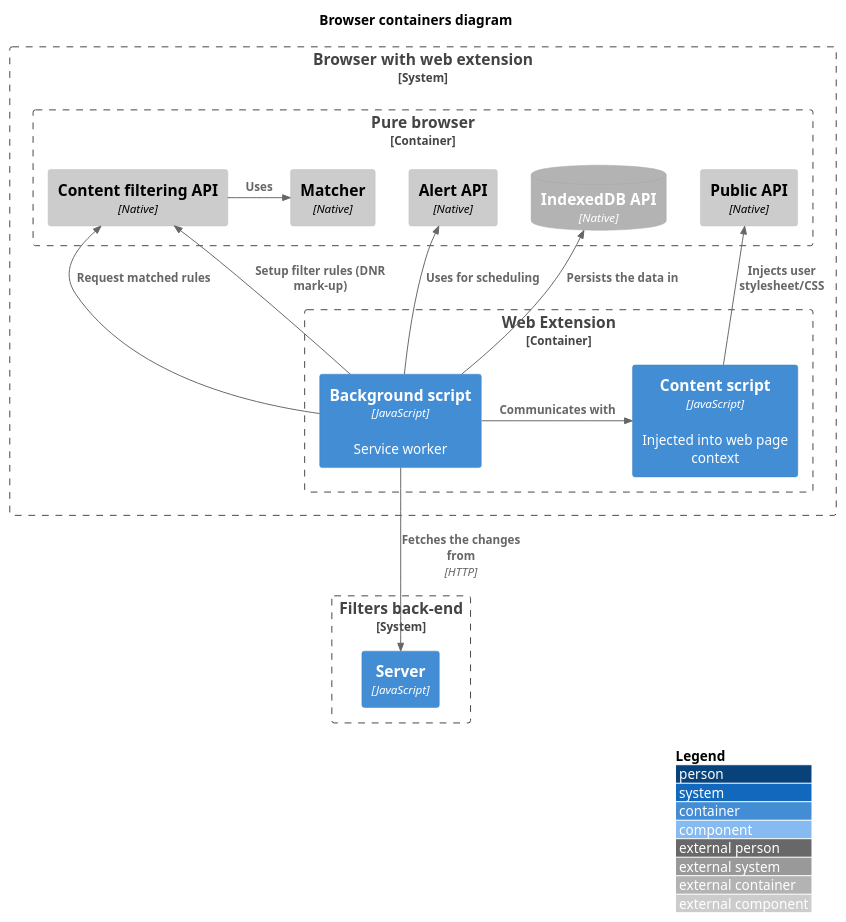
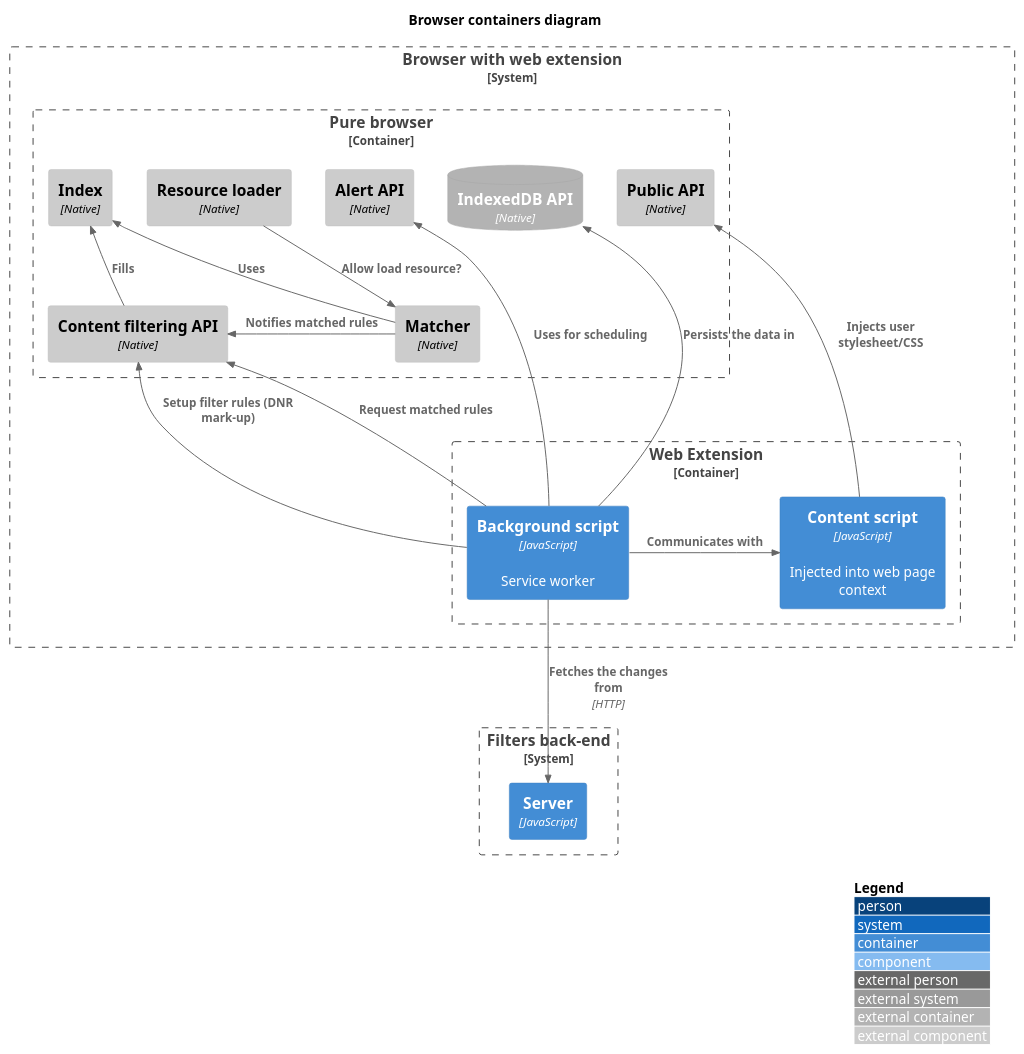
Before and after one commit to 4ntoine/mv3_spec_c4: the diagram in containers_browser.puml, drawn with PlantUML.

Commit message:
Add Matcher and Index in Pure browser

```diff
--- a/containers_browser.puml
+++ b/containers_browser.puml
@@ -1,38 +1,43 @@
 @startuml
 !include https://raw.githubusercontent.com/plantuml-stdlib/C4-PlantUML/master/C4_Context.puml
 !include https://raw.githubusercontent.com/plantuml-stdlib/C4-PlantUML/master/C4_Container.puml
 !include https://raw.githubusercontent.com/plantuml-stdlib/C4-PlantUML/master/C4_Component.puml
 
 title Browser containers diagram
 LAYOUT_WITH_LEGEND()
 
 ' system itself
 System_Boundary(browserSystem, "Browser with web extension") {
   Container_Boundary(browserContainer, "Pure browser", "Native") {
     Component_Ext(browserCore, "Content filtering API", "Native")
     Component_Ext(browserApi, "Public API", "Native")
+    Component_Ext(index, "Index", "Native")
     Component_Ext(matcher, "Matcher", "Native")
+    Component_Ext(loader, "Resource loader", "Native")
     ContainerDb_Ext(indexeddb, "IndexedDB API", "Native")
     Component_Ext(schedulers, "Alert API", "Native")
   }
 
   Container_Boundary(webExtContainer, "Web Extension") {
     Container(webExtContent, "Content script", "JavaScript", "Injected into web page context")
     Container(webExtBackground, "Background script", "JavaScript", "Service worker")
   }
 }
 
 System_Boundary(backEndContainer, "Filters back-end") {
     Container(backEnd, "Server", "JavaScript")
 }
 
 ' relations
+Rel_U(webExtBackground, browserCore, "Request matched rules")
 Rel_U(webExtBackground, browserCore, "Setup filter rules (DNR mark-up)")
-Rel_U(webExtBackground, browserCore, "Request matched rules")
 Rel_U(webExtContent, browserApi, "Injects user stylesheet/CSS")
 Rel_U(webExtBackground, indexeddb, "Persists the data in")
 Rel_U(webExtBackground, schedulers, "Uses for scheduling")
-Rel_R(browserCore, matcher, "Uses")
+Rel_U(browserCore, index, "Fills")
+Rel_U(matcher, index, "Uses")
+Rel_D(loader, matcher, "Allow load resource?")
+Rel_L(matcher, browserCore, "Notifies matched rules")
 Rel_D(webExtBackground, backEnd, "Fetches the changes from", "HTTP")
 Rel_L(webExtBackground, webExtContent, "Communicates with")
 @enduml
```
